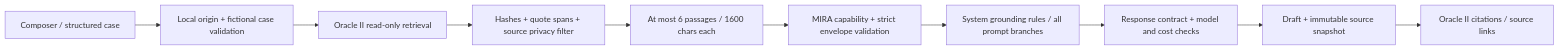
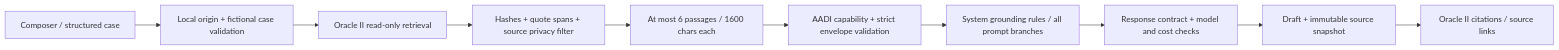
Before and after one commit to drferdi/Monorepo-safrs: the diagram in projects/healthcare/sentrapedia/docs/verification/2026-10-10-oracle-ii-grounding.md, drawn with Mermaid. The commit also changed other lines of this file and 287 other files, not shown here.

First line of the commit message:
wip: rename MIRA to AADI; doctor-flow composer (checkpoint)

````diff
--- a/projects/healthcare/sentrapedia/docs/verification/2026-10-10-oracle-ii-grounding.md
+++ b/projects/healthcare/sentrapedia/docs/verification/2026-10-10-oracle-ii-grounding.md
@@ -69,12 +69,12 @@
 ```mermaid
 flowchart LR
     A[Composer / structured case] --> B[Local origin + fictional case validation]
     B --> C[Oracle II read-only retrieval]
     C --> D[Hashes + quote spans + source privacy filter]
     D --> E[At most 6 passages / 1600 chars each]
-    E --> F[MIRA capability + strict envelope validation]
+    E --> F[AADI capability + strict envelope validation]
     F --> G[System grounding rules / all prompt branches]
     G --> H[Response contract + model and cost checks]
     H --> I[Draft + immutable source snapshot]
     I --> J[Oracle II citations / source links]
 ```
````
